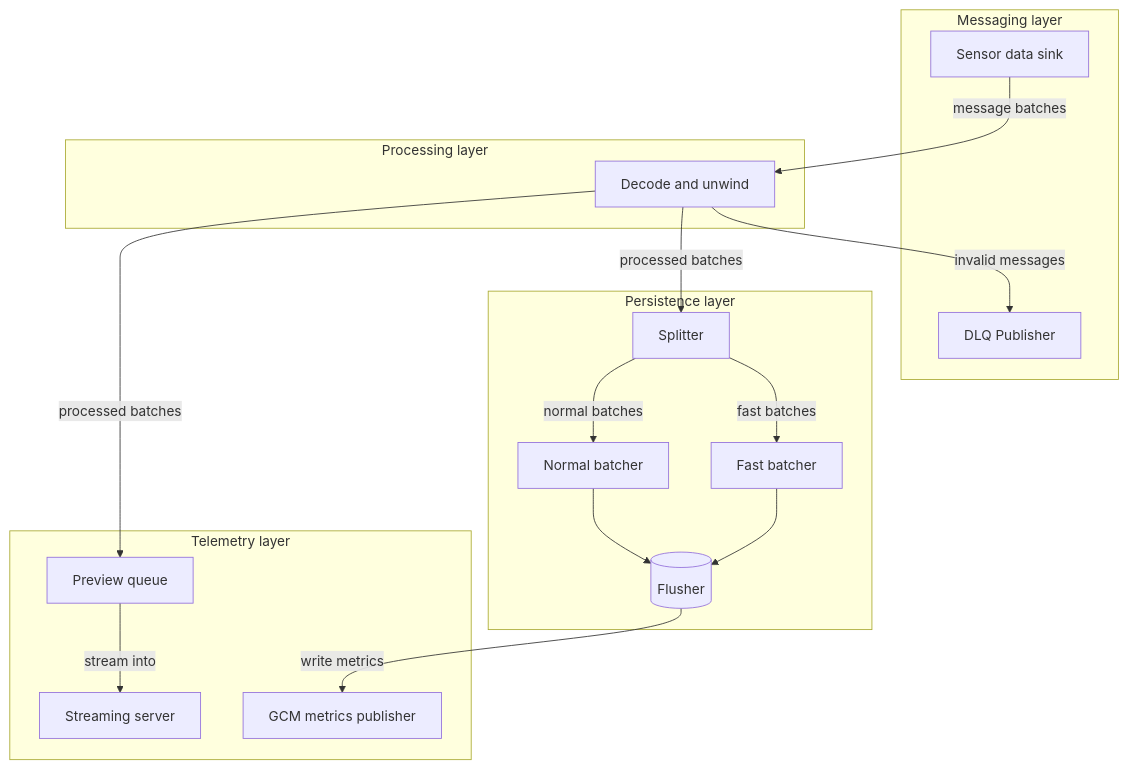
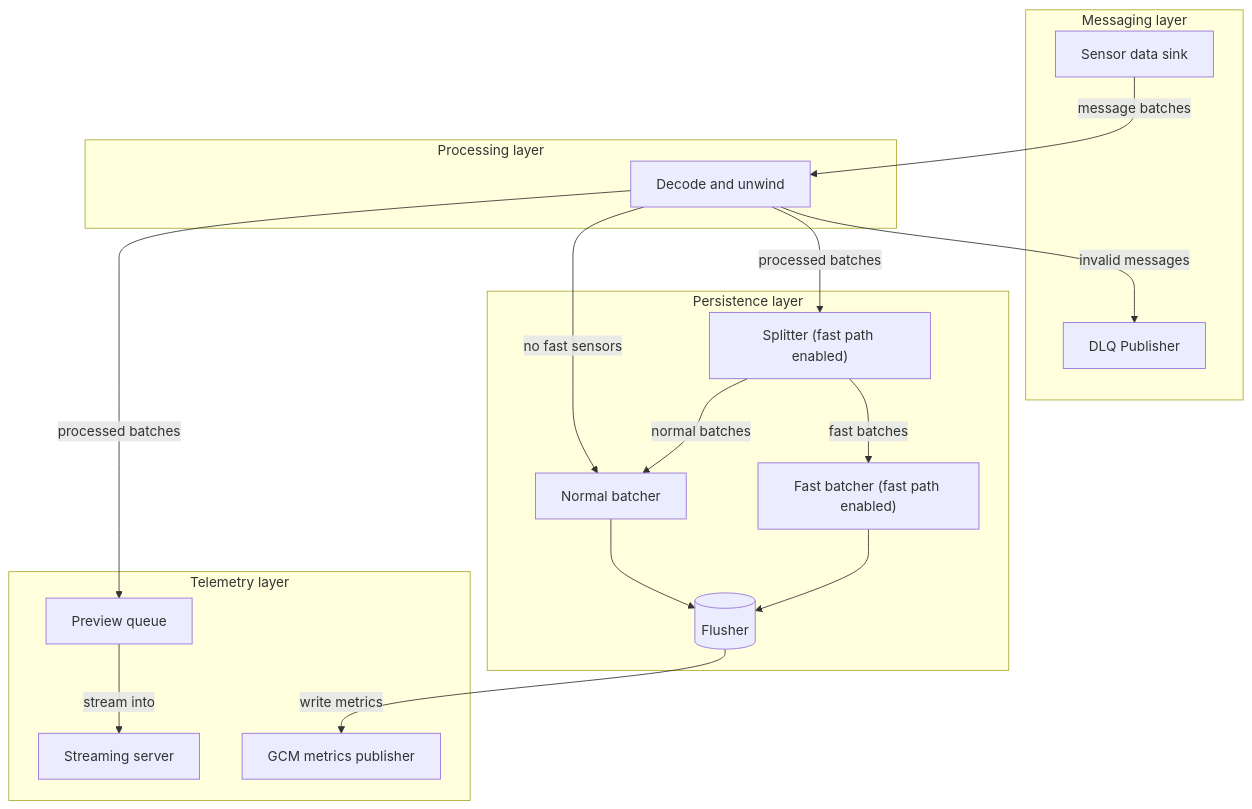
The first of 3 diagrams in docs/component-core.md (ChronoRacer/chronoracer), drawn with Mermaid before and after one commit. The commit also changed other lines of this file and 28 other files, not shown here.

First line of the commit message:
Core: sensor fast path opt out & clippy fixes

````diff
--- a/docs/component-core.md
+++ b/docs/component-core.md
@@ -304,36 +307,37 @@
 ```mermaid
 flowchart TB
     subgraph kafka["Messaging layer"]
         dataSink["Sensor data sink"]
         dlqPublisher["DLQ Publisher"]
 
     end
 
     subgraph process["Processing layer"]
         decode["Decode and unwind"]
     end
 
     subgraph persistence["Persistence layer"]
-        splitter["Splitter"]
-        batcherFast["Fast batcher"]
+        splitter["Splitter (fast path enabled)"]
+        batcherFast["Fast batcher (fast path enabled)"]
         batcherNormal["Normal batcher"]
         flusher[("Flusher")]
     end
     
     subgraph telemetry["Telemetry layer"]
         tel_queue["Preview queue"]
         tel_stream["Streaming server"]
         metrics["GCM metrics publisher"]
     end
 
     dataSink -->|message batches| decode
     decode --> |invalid messages| dlqPublisher
     decode -->|processed batches| splitter
+    decode -->|no fast sensors| batcherNormal
     decode -->|processed batches| tel_queue
     tel_queue --> |stream into| tel_stream
     splitter -->|fast batches| batcherFast
     splitter -->|normal batches| batcherNormal
     batcherFast --> flusher
     batcherNormal --> flusher
     flusher -->|write metrics|metrics
 ```
````
